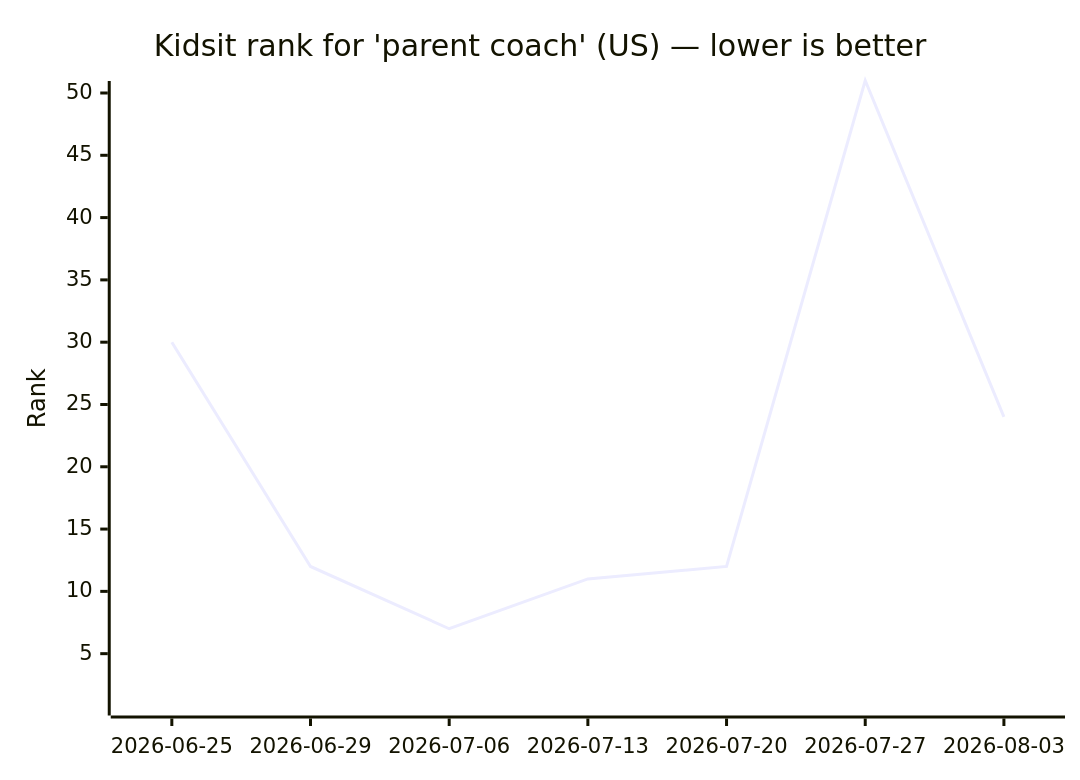
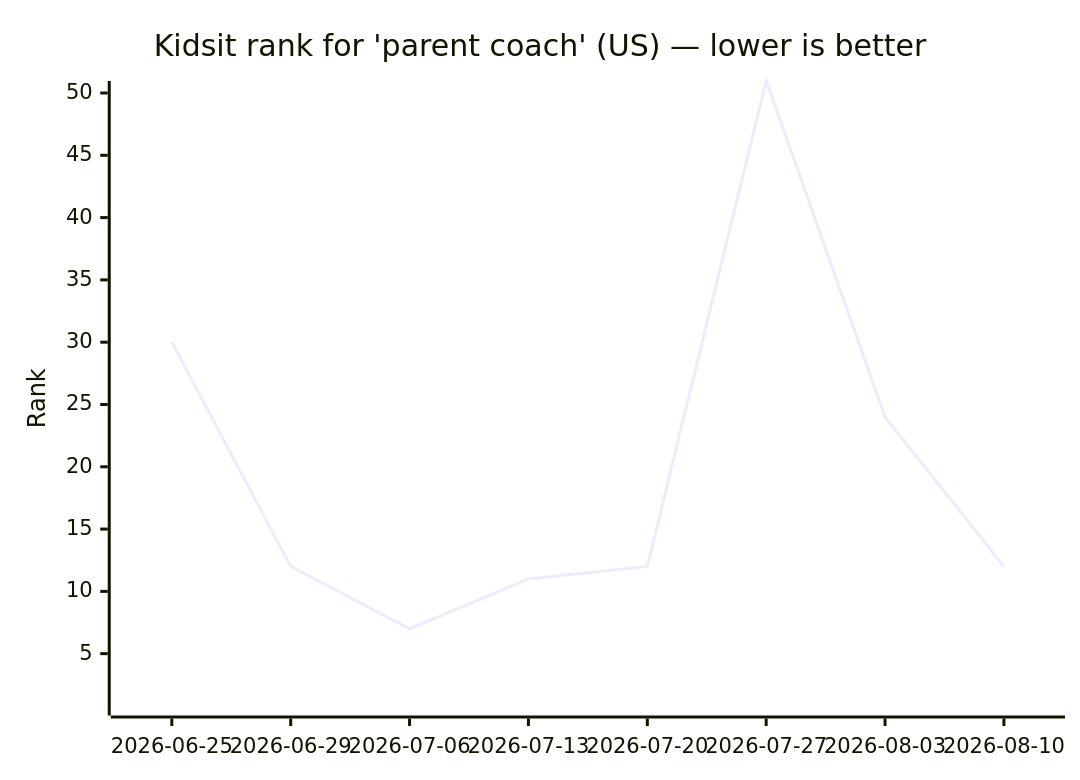
Before and after one commit to omer72/aso-tool: the diagram in scout-log.md, drawn with Mermaid. The commit also changed other lines of this file, not shown here.

````diff
--- a/scout-log.md
+++ b/scout-log.md
@@ -8,7 +8,7 @@
 ```mermaid
 xychart-beta
     title "Kidsit rank for 'parent coach' (US) — lower is better"
-    x-axis ["2026-06-25", "2026-06-29", "2026-07-06", "2026-07-13", "2026-07-20", "2026-07-27", "2026-08-03"]
+    x-axis ["2026-06-25", "2026-06-29", "2026-07-06", "2026-07-13", "2026-07-20", "2026-07-27", "2026-08-03", "2026-08-10"]
     y-axis "Rank" 1 --> 50
-    line [30, 12, 7, 11, 12, 51, 24]
+    line [30, 12, 7, 11, 12, 51, 24, 12]
 ```
````
